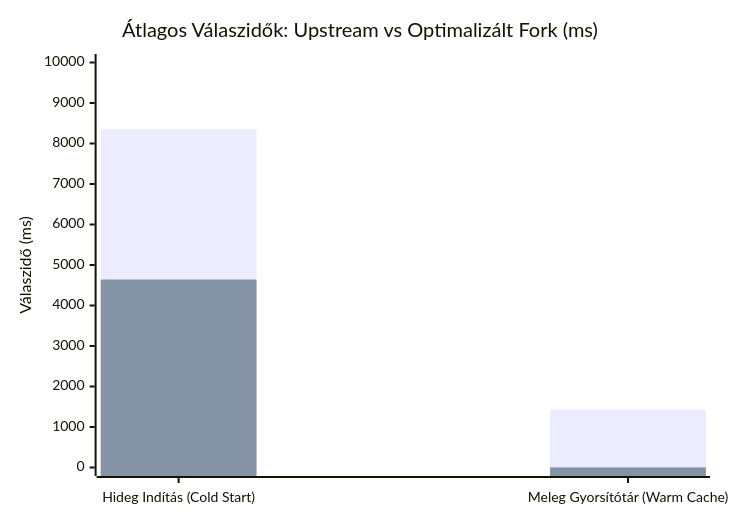
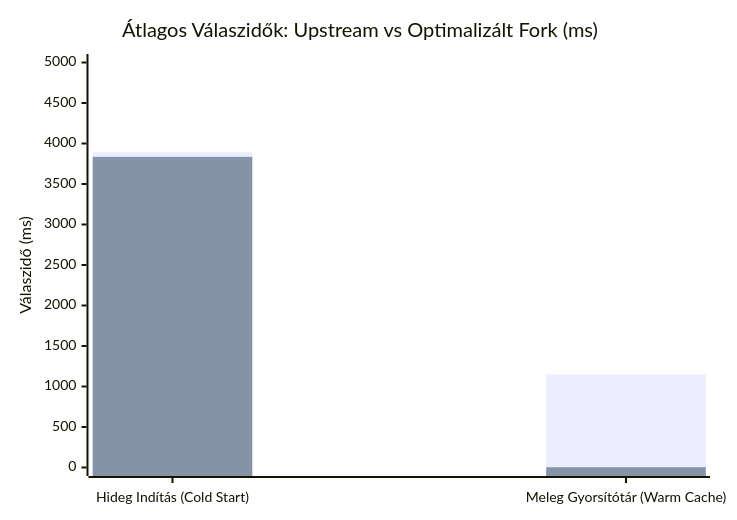
Before and after one commit to Levfero/stremhu-source-VibeCodedEdition: the second of 2 diagrams in README.md, drawn with Mermaid. The commit also changed other lines of this file and 2 other files, not shown here.

````diff
--- a/README.md
+++ b/README.md
@@ -197,8 +197,8 @@
 ```mermaid
 xychart-beta
     title "Átlagos Válaszidők: Upstream vs Optimalizált Fork (ms)"
     x-axis ["Hideg Indítás (Cold Start)", "Meleg Gyorsítótár (Warm Cache)"]
-    y-axis "Válaszidő (ms)" 0 --> 10000
-    bar [8354, 1432]
-    bar [4642, 3]
+    y-axis "Válaszidő (ms)" 0 --> 5000
+    bar [3892, 1148]
+    bar [3835, 3]
 ```
````
